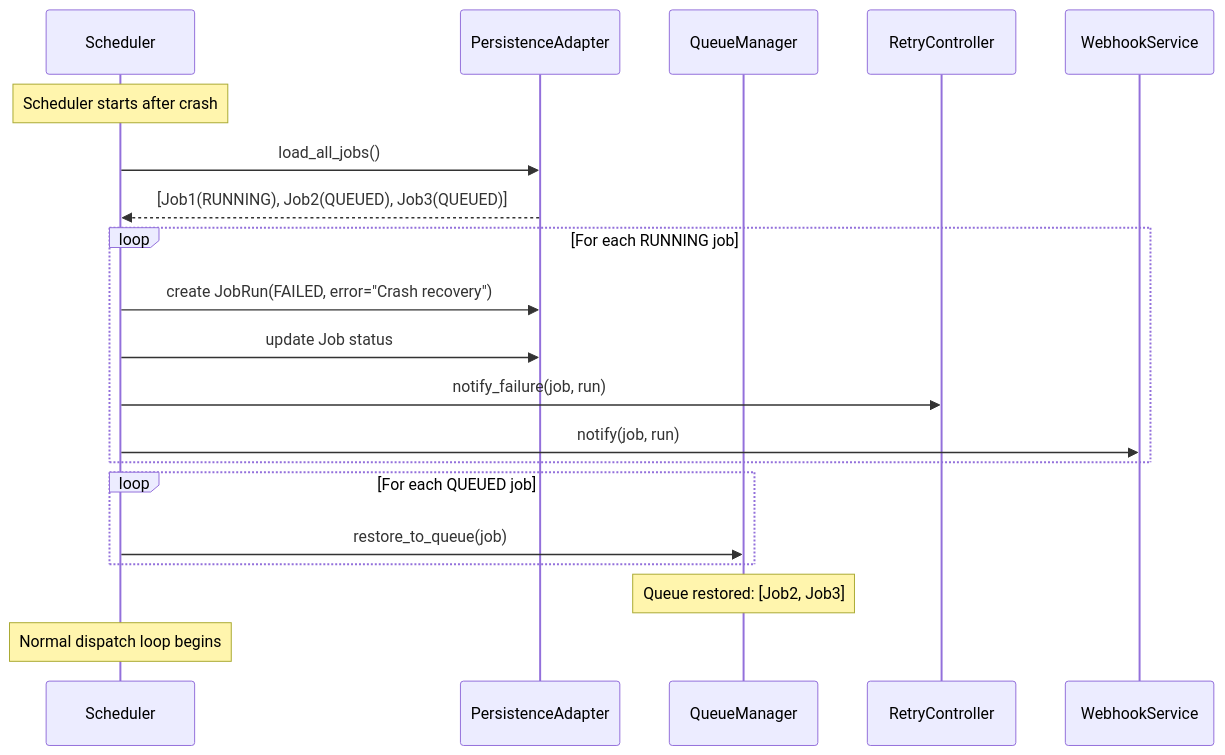
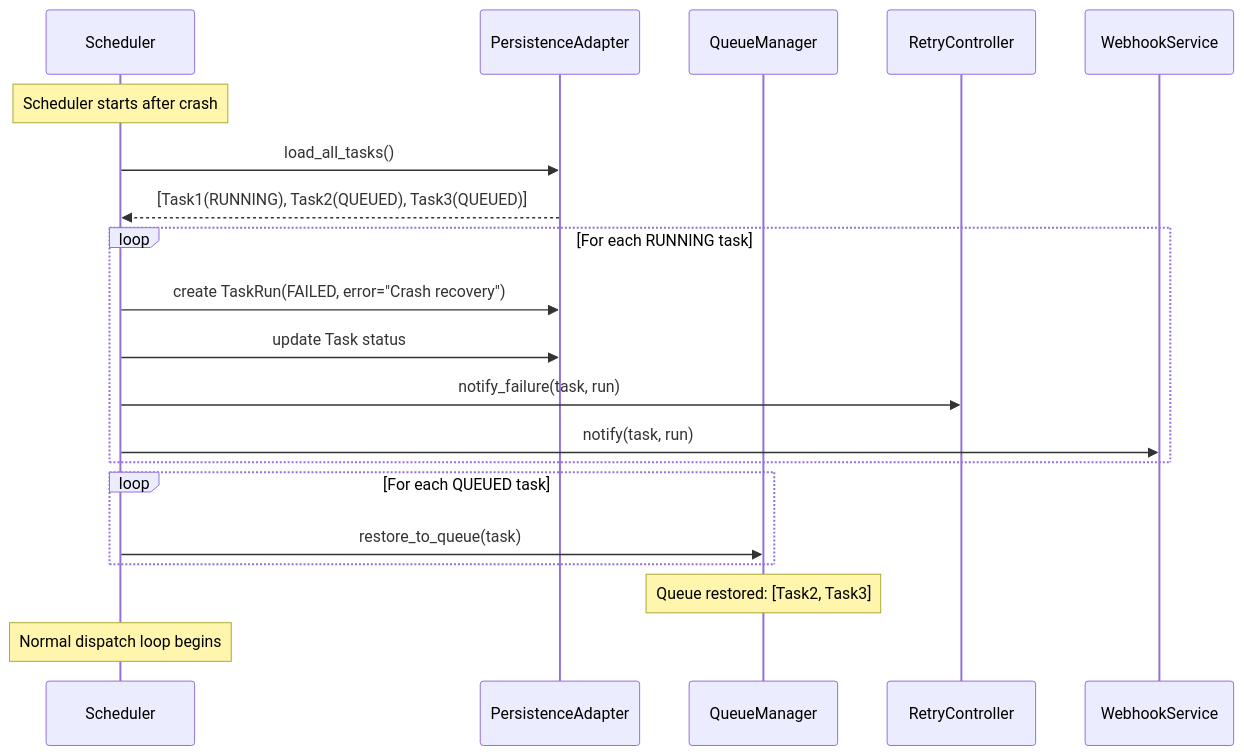
Before and after one commit to VinylStage/horror-story-generator: the fourth of 6 diagrams in docs/task-scheduler/EXECUTION_FLOW.md, drawn with Mermaid. The commit also changed other lines of this file and 24 other files, not shown here.

````diff
--- a/docs/task-scheduler/EXECUTION_FLOW.md
+++ b/docs/task-scheduler/EXECUTION_FLOW.md
@@ -225,26 +225,26 @@
 ```mermaid
 sequenceDiagram
     participant SC as Scheduler
     participant P as PersistenceAdapter
     participant Q as QueueManager
     participant R as RetryController
     participant W as WebhookService
 
     Note over SC: Scheduler starts after crash
-    SC->>P: load_all_jobs()
-    P-->>SC: [Job1(RUNNING), Job2(QUEUED), Job3(QUEUED)]
+    SC->>P: load_all_tasks()
+    P-->>SC: [Task1(RUNNING), Task2(QUEUED), Task3(QUEUED)]
 
-    loop For each RUNNING job
-        SC->>P: create JobRun(FAILED, error="Crash recovery")
-        SC->>P: update Job status
-        SC->>R: notify_failure(job, run)
-        SC->>W: notify(job, run)
+    loop For each RUNNING task
+        SC->>P: create TaskRun(FAILED, error="Crash recovery")
+        SC->>P: update Task status
+        SC->>R: notify_failure(task, run)
+        SC->>W: notify(task, run)
     end
 
-    loop For each QUEUED job
-        SC->>Q: restore_to_queue(job)
+    loop For each QUEUED task
+        SC->>Q: restore_to_queue(task)
     end
 
-    Note over Q: Queue restored: [Job2, Job3]
+    Note over Q: Queue restored: [Task2, Task3]
     Note over SC: Normal dispatch loop begins
 ```
````
